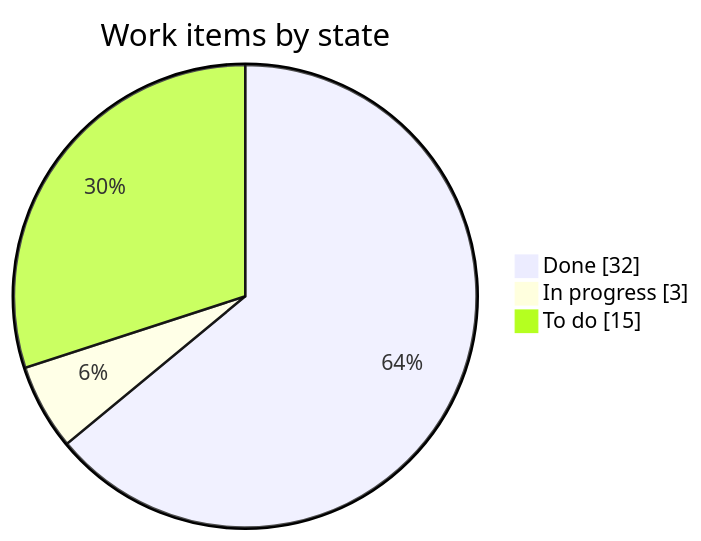
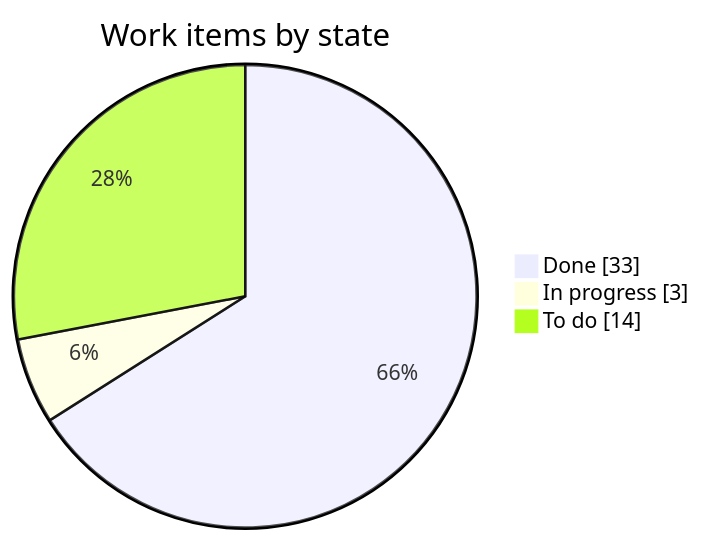
Before and after one commit to LoMagnette/ghost-light: the first of 2 diagrams in STATUS.md, drawn with Mermaid. The commit also changed other lines of this file, not shown here.

````diff
--- a/STATUS.md
+++ b/STATUS.md
@@ -31,7 +31,7 @@
 ```mermaid
 pie showData
     title Work items by state
-    "Done" : 32
+    "Done" : 33
     "In progress" : 3
-    "To do" : 15
+    "To do" : 14
 ```
````
